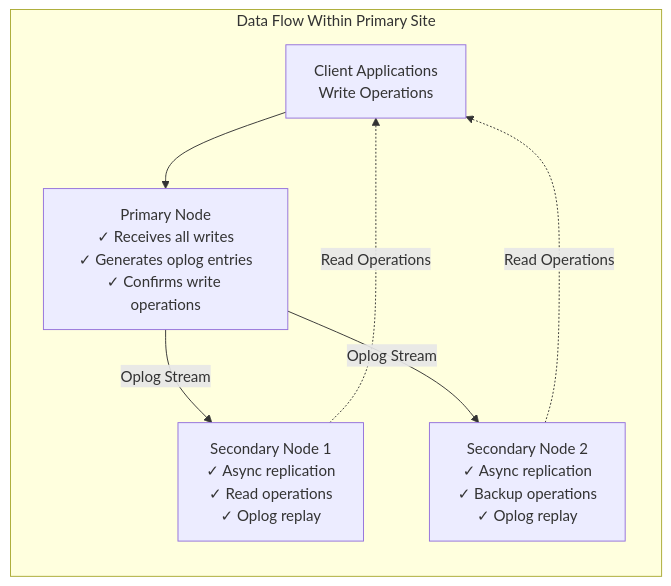
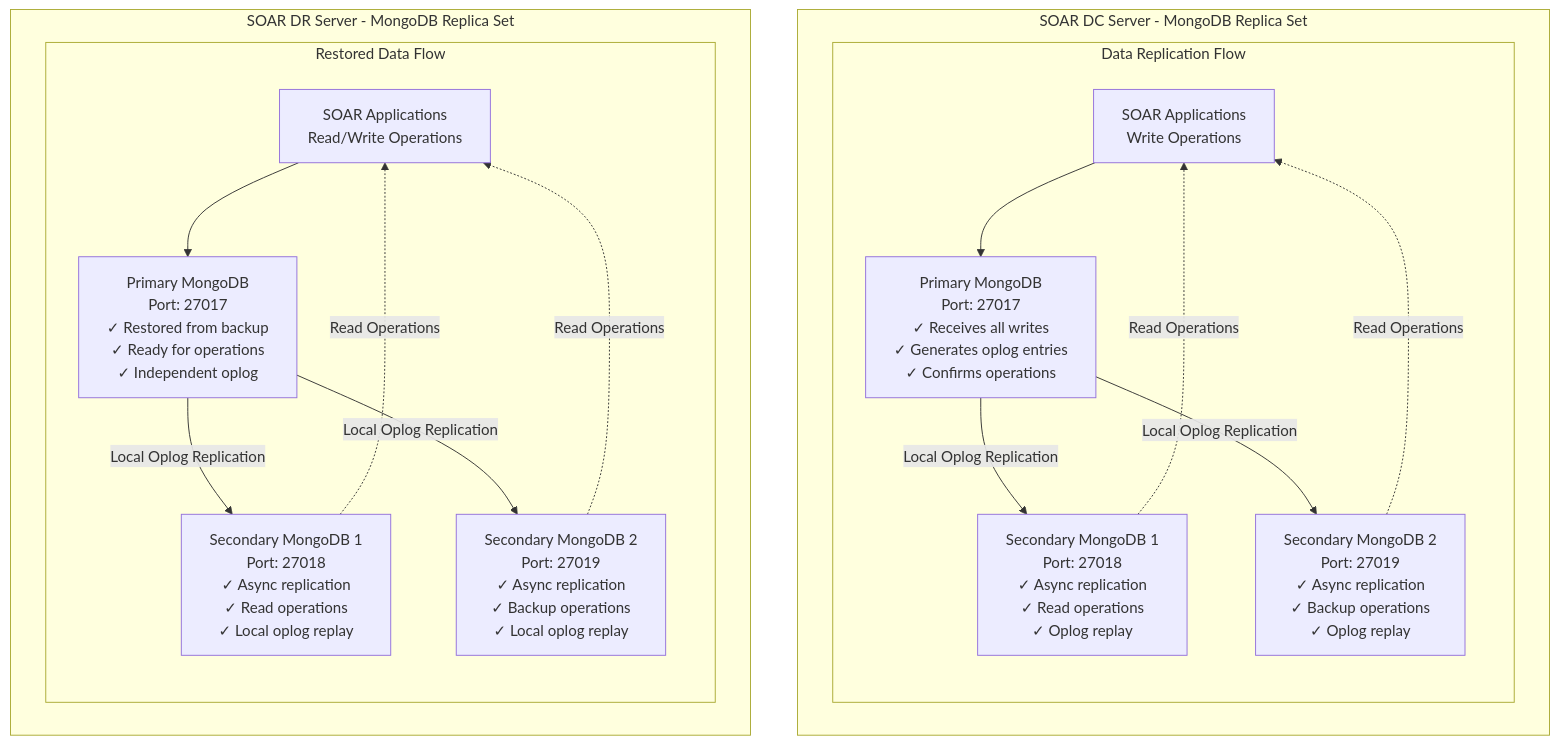
One commit to Vishwa0220/customers-docs changed the seventh of 8 diagrams in HA_DR_Architecture_Documentation.md. Above: the diagram before and after it, drawn with Mermaid. The commit also changed other lines of this file, not shown here.

````diff
--- a/HA_DR_Architecture_Documentation.md
+++ b/HA_DR_Architecture_Documentation.md
@@ -525,18 +439,38 @@
 ```mermaid
-graph LR
-    subgraph "Data Flow Within Primary Site"
-        CLIENT[Client Applications<br/>Write Operations]
-        PRIMARY[Primary Node<br/>✓ Receives all writes<br/>✓ Generates oplog entries<br/>✓ Confirms write operations]
-        
-        SECONDARY1[Secondary Node 1<br/>✓ Async replication<br/>✓ Read operations<br/>✓ Oplog replay]
-        
-        SECONDARY2[Secondary Node 2<br/>✓ Async replication<br/>✓ Backup operations<br/>✓ Oplog replay]
+graph TB
+    subgraph "SOAR DC Server - MongoDB Replica Set"
+        subgraph "Data Replication Flow"
+            CLIENT_DC[SOAR Applications<br/>Write Operations]
+            PRIMARY_DC[Primary MongoDB<br/>Port: 27017<br/>✓ Receives all writes<br/>✓ Generates oplog entries<br/>✓ Confirms operations]
+            
+            SECONDARY1_DC[Secondary MongoDB 1<br/>Port: 27018<br/>✓ Async replication<br/>✓ Read operations<br/>✓ Oplog replay]
+            
+            SECONDARY2_DC[Secondary MongoDB 2<br/>Port: 27019<br/>✓ Async replication<br/>✓ Backup operations<br/>✓ Oplog replay]
+        end
     end
     
-    CLIENT --> PRIMARY
-    PRIMARY -->|Oplog Stream| SECONDARY1
-    PRIMARY -->|Oplog Stream| SECONDARY2
+    subgraph "SOAR DR Server - MongoDB Replica Set"
+        subgraph "Restored Data Flow"
+            CLIENT_DR[SOAR Applications<br/>Read/Write Operations]
+            PRIMARY_DR[Primary MongoDB<br/>Port: 27017<br/>✓ Restored from backup<br/>✓ Ready for operations<br/>✓ Independent oplog]
+            
+            SECONDARY1_DR[Secondary MongoDB 1<br/>Port: 27018<br/>✓ Async replication<br/>✓ Read operations<br/>✓ Local oplog replay]
+            
+            SECONDARY2_DR[Secondary MongoDB 2<br/>Port: 27019<br/>✓ Async replication<br/>✓ Backup operations<br/>✓ Local oplog replay]
+        end
+    end
     
-    SECONDARY1 -.->|Read Operations| CLIENT
-    SECONDARY2 -.->|Read Operations| CLIENT
+    CLIENT_DC --> PRIMARY_DC
+    PRIMARY_DC -->|Local Oplog Replication| SECONDARY1_DC
+    PRIMARY_DC -->|Local Oplog Replication| SECONDARY2_DC
+    
+    CLIENT_DR --> PRIMARY_DR
+    PRIMARY_DR -->|Local Oplog Replication| SECONDARY1_DR
+    PRIMARY_DR -->|Local Oplog Replication| SECONDARY2_DR
+    
+    SECONDARY1_DC -.->|Read Operations| CLIENT_DC
+    SECONDARY2_DC -.->|Read Operations| CLIENT_DC
+    
+    SECONDARY1_DR -.->|Read Operations| CLIENT_DR
+    SECONDARY2_DR -.->|Read Operations| CLIENT_DR
 ```
````
